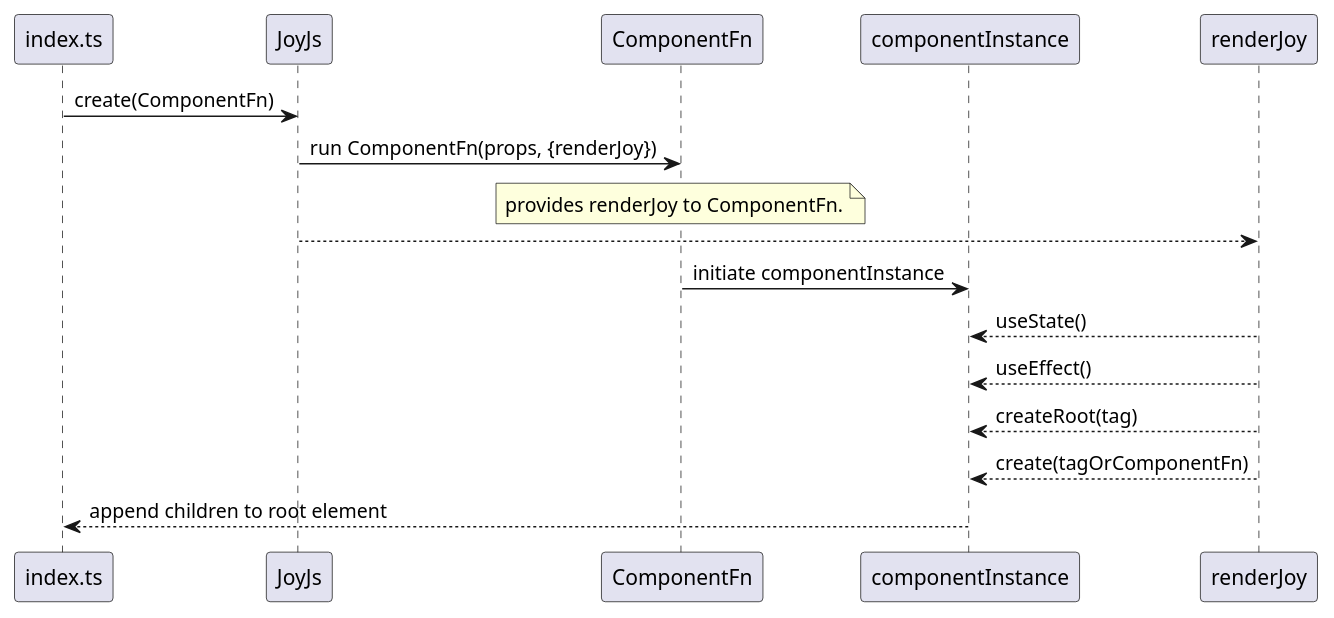
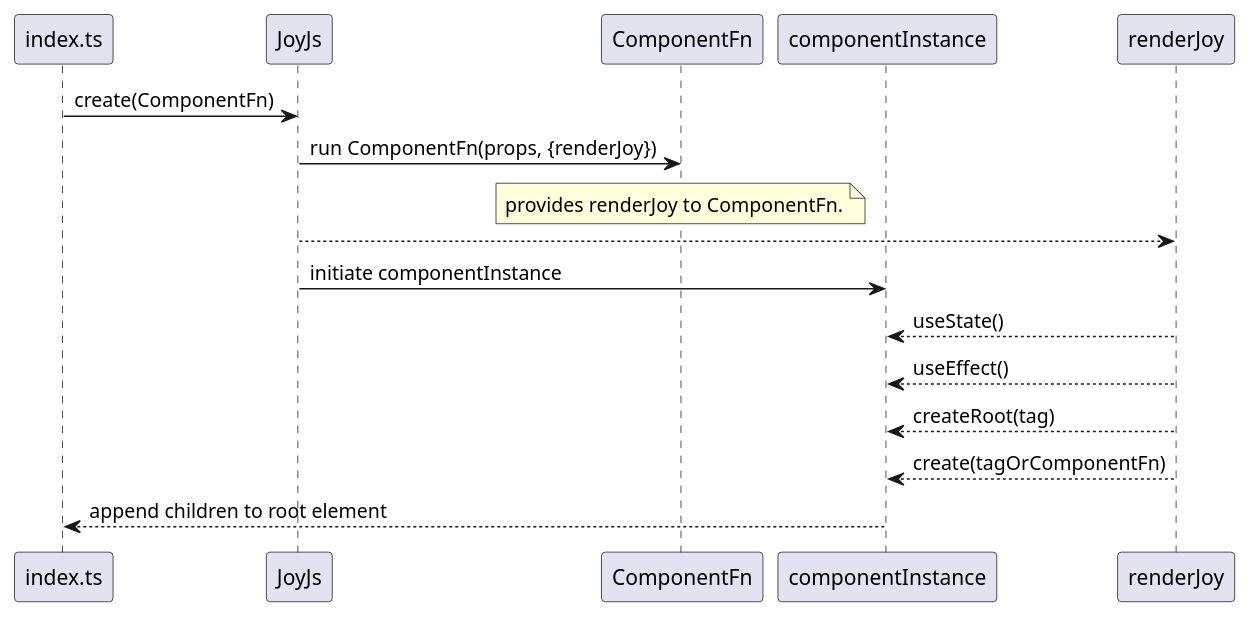
One commit to paraslov/joyjs changed the diagram in src/docs/joy-js.puml. Above: the diagram before and after it, drawn with PlantUML.

Commit message:
JJS-7 (docs): update joy-js.puml

```diff
--- a/src/docs/joy-js.puml
+++ b/src/docs/joy-js.puml
@@ -1,20 +1,20 @@
 @startuml
 participant index.ts
 participant JoyJs
 participant ComponentFn
 participant componentInstance
 participant renderJoy
 
 
 index.ts -> JoyJs: create(ComponentFn)
 JoyJs -> ComponentFn: run ComponentFn(props, {renderJoy})
 note over ComponentFn: provides renderJoy to ComponentFn.
 JoyJs --> renderJoy
-ComponentFn -> componentInstance: initiate componentInstance
+JoyJs -> componentInstance: initiate componentInstance
 componentInstance <-- renderJoy: useState()
 componentInstance <-- renderJoy: useEffect()
 componentInstance <-- renderJoy: createRoot(tag)
 componentInstance <-- renderJoy: create(tagOrComponentFn)
 componentInstance --> index.ts: append children to root element
 
 @enduml
```
